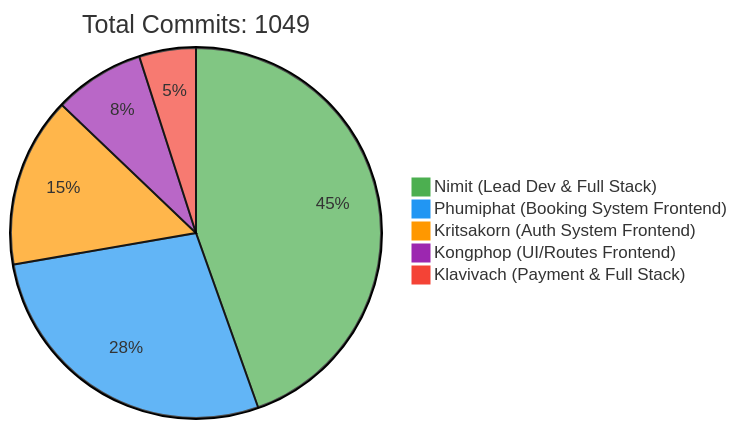
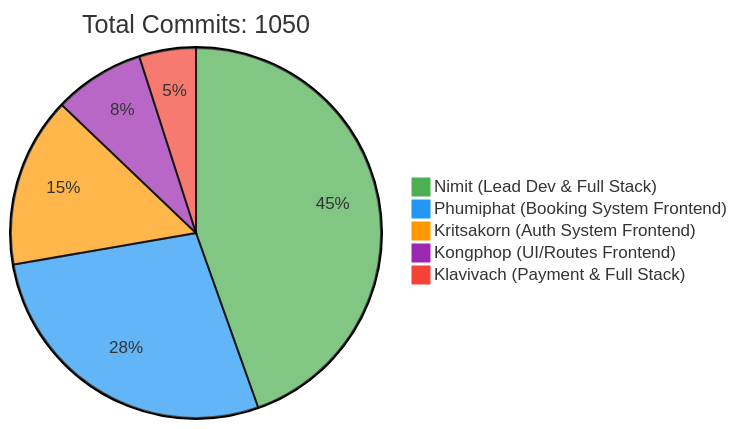
Before and after one commit to 6531503042/Sport-Complex: the first of 2 diagrams in README.md, drawn with Mermaid. The commit also changed other lines of this file, not shown here.

Commit message:
docs: Update contributor statistics [skip ci]

````diff
--- a/README.md
+++ b/README.md
@@ -240,10 +240,10 @@
 ```mermaid
 %%{init: {'theme': 'base', 'themeVariables': { 'pie1': '#4CAF50', 'pie2': '#2196F3', 'pie3': '#FF9800', 'pie4': '#9C27B0', 'pie5': '#F44336'}}}%%
 pie
-    title Total Commits: 1049
+    title Total Commits: 1050
     "Nimit (Lead Dev & Full Stack)" : 450
     "Phumiphat (Booking System Frontend)" : 280
     "Kritsakorn (Auth System Frontend)" : 150
     "Kongphop (UI/Routes Frontend)" : 80
     "Klavivach (Payment & Full Stack)" : 50
 ```
````
